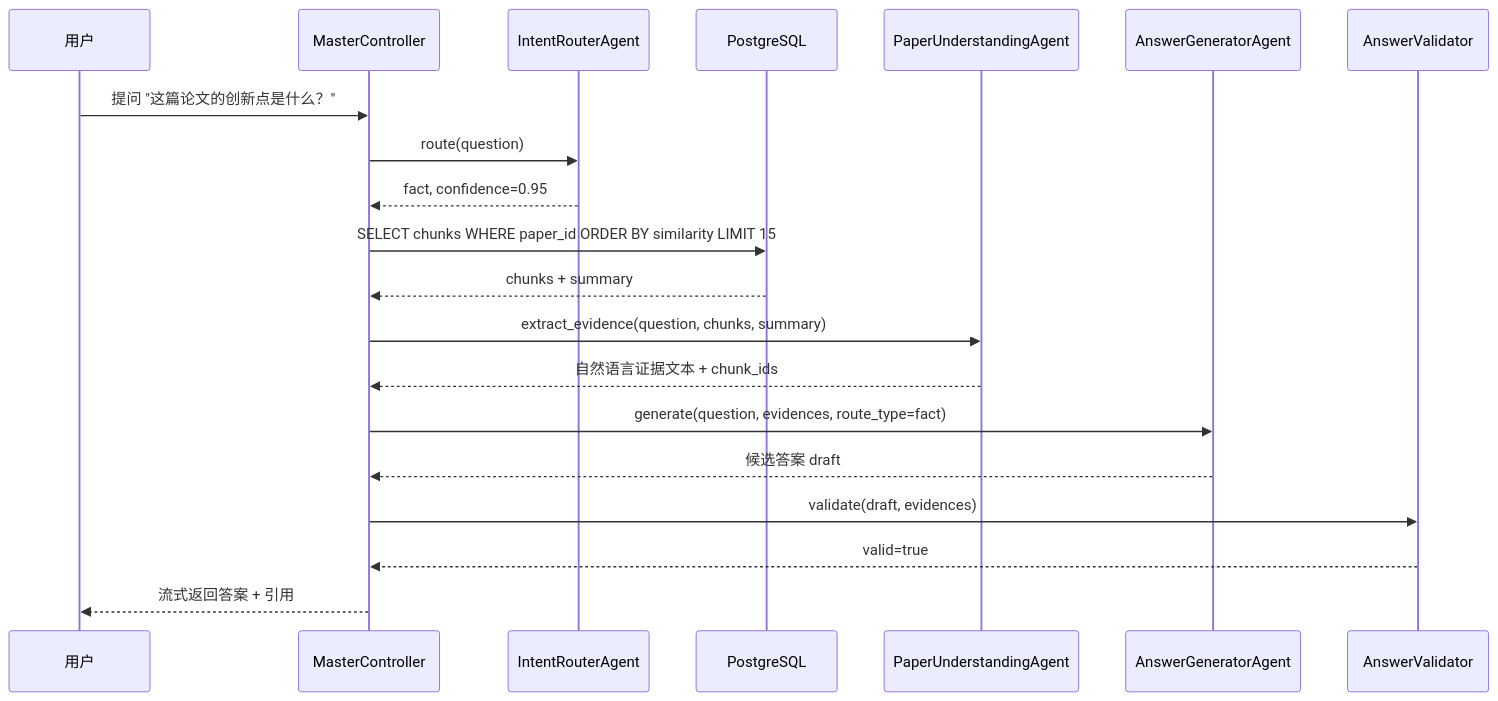
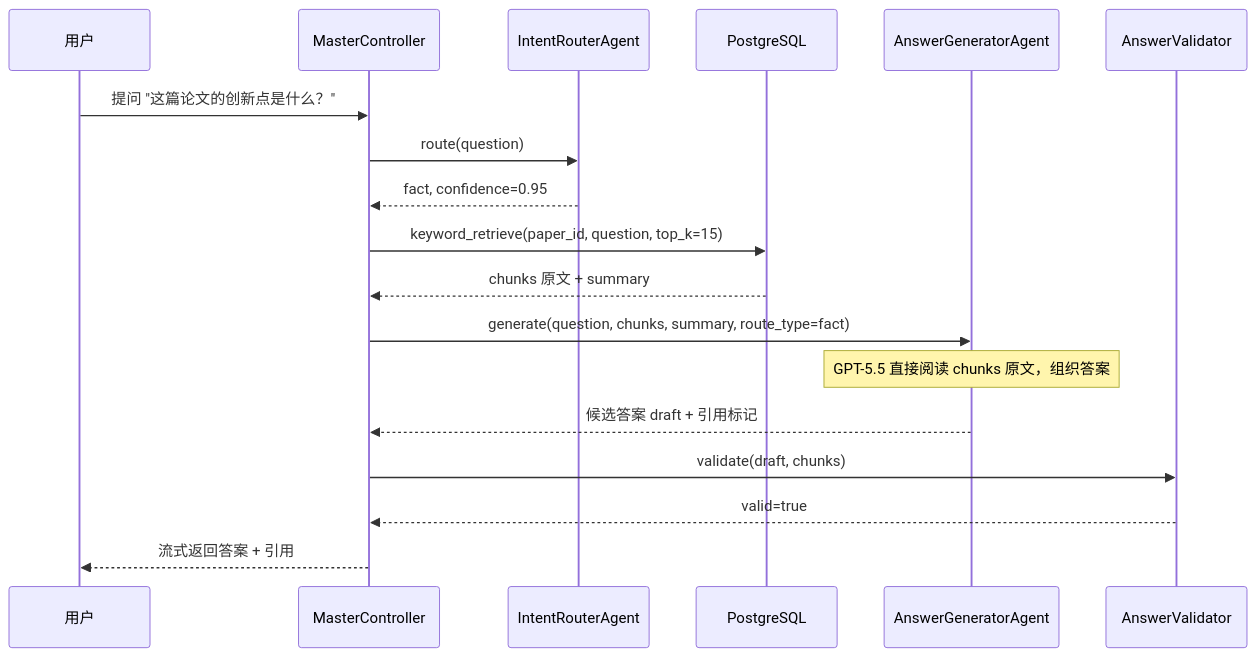
The third of 4 diagrams in 论文问答多智能体架构改进方案_V1.0.md (szy2334/ragflow-course-project), drawn with Mermaid before and after one commit. The commit also changed other lines of this file, not shown here.

````diff
--- a/论文问答多智能体架构改进方案_V1.0.md
+++ b/论文问答多智能体架构改进方案_V1.0.md
@@ -205,28 +122,25 @@
 ```mermaid
 sequenceDiagram
     participant U as 用户
     participant MC as MasterController
     participant IRA as IntentRouterAgent
     participant DB as PostgreSQL
-    participant PUA as PaperUnderstandingAgent
     participant AGA as AnswerGeneratorAgent
     participant AV as AnswerValidator
 
     U->>MC: 提问 "这篇论文的创新点是什么？"
     MC->>IRA: route(question)
     IRA-->>MC: fact, confidence=0.95
 
-    MC->>DB: SELECT chunks WHERE paper_id ORDER BY similarity LIMIT 15
-    DB-->>MC: chunks + summary
+    MC->>DB: keyword_retrieve(paper_id, question, top_k=15)
+    DB-->>MC: chunks 原文 + summary
 
-    MC->>PUA: extract_evidence(question, chunks, summary)
-    PUA-->>MC: 自然语言证据文本 + chunk_ids
+    MC->>AGA: generate(question, chunks, summary, route_type=fact)
+    Note over AGA: GPT-5.5 直接阅读 chunks 原文，组织答案
+    AGA-->>MC: 候选答案 draft + 引用标记
 
-    MC->>AGA: generate(question, evidences, route_type=fact)
-    AGA-->>MC: 候选答案 draft
-
-    MC->>AV: validate(draft, evidences)
+    MC->>AV: validate(draft, chunks)
     AV-->>MC: valid=true
 
     MC-->>U: 流式返回答案 + 引用
 ```
````
